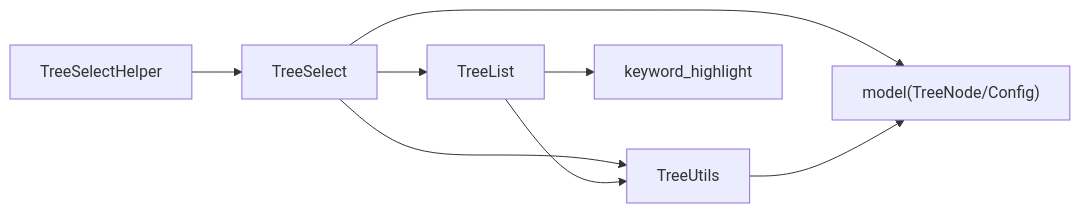
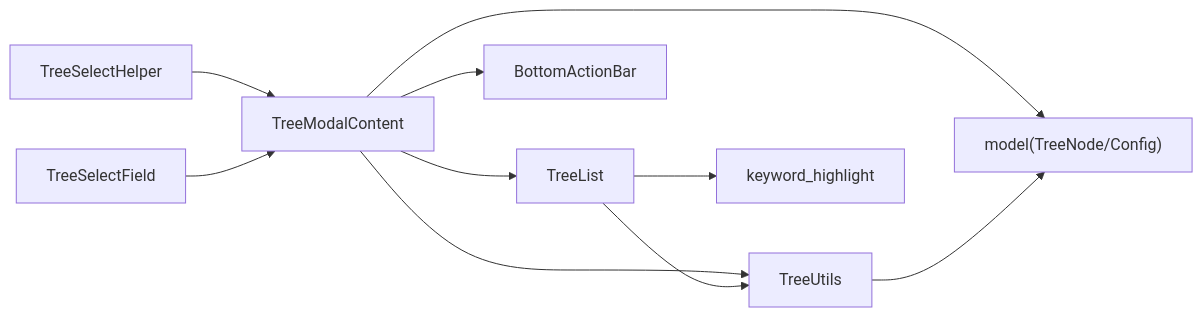
One commit to yuzhido/lite-ui changed the third of 3 diagrams in .qoder/repowiki/zh/content/API 参考/高级组件 API/TreeSelect 树形选择器 API.md. Above: the diagram before and after it, drawn with Mermaid. The commit also changed other lines of this file and 22 other files, not shown here.

````diff
--- a/.qoder/repowiki/zh/content/API 参考/高级组件 API/TreeSelect 树形选择器 API.md
+++ b/.qoder/repowiki/zh/content/API 参考/高级组件 API/TreeSelect 树形选择器 API.md
@@ -292,10 +337,12 @@
 ```mermaid
 graph LR
-Helper["TreeSelectHelper"] --> Select["TreeSelect"]
-Select --> List["TreeList"]
-Select --> Utils["TreeUtils"]
+Helper["TreeSelectHelper"] --> Modal["TreeModalContent"]
+Field["TreeSelectField"] --> Modal
+Modal --> List["TreeList"]
+Modal --> Utils["TreeUtils"]
 List --> Utils
-Select --> Model["model(TreeNode/Config)"]
+Modal --> Model["model(TreeNode/Config)"]
 List --> Highlight["keyword_highlight"]
 Utils --> Model
+Modal --> BottomBar["BottomActionBar"]
 ```
````
